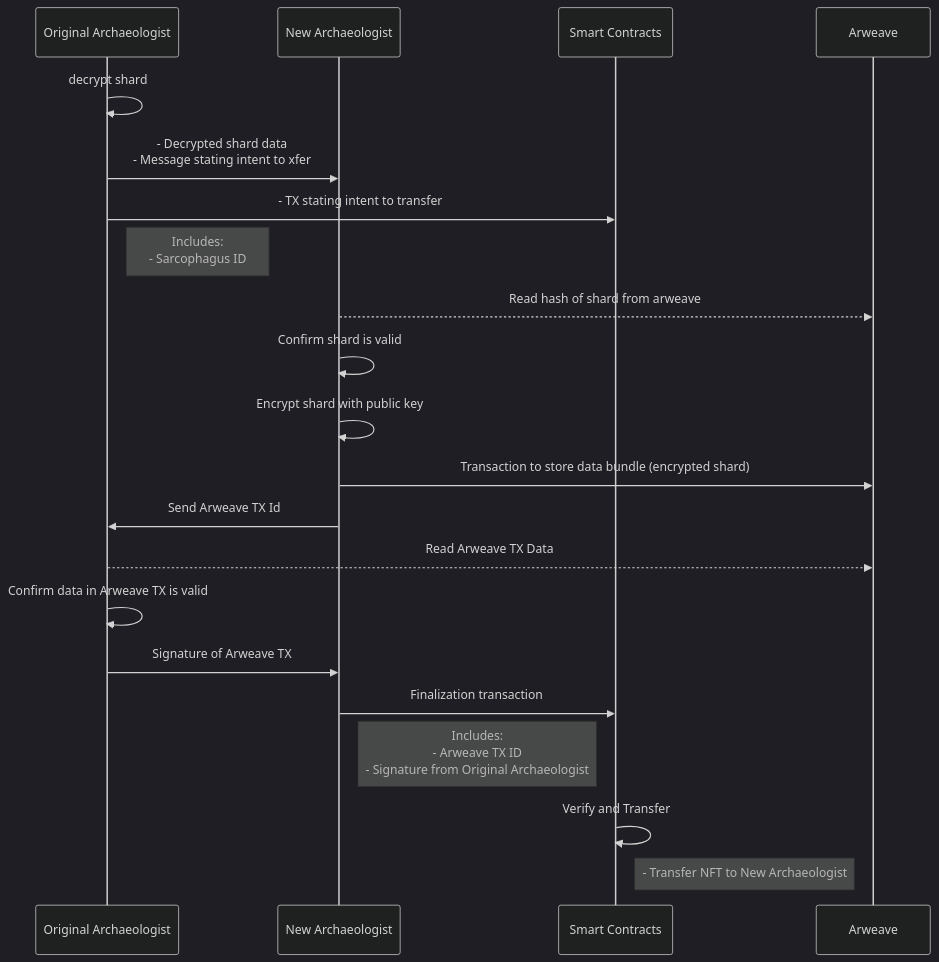
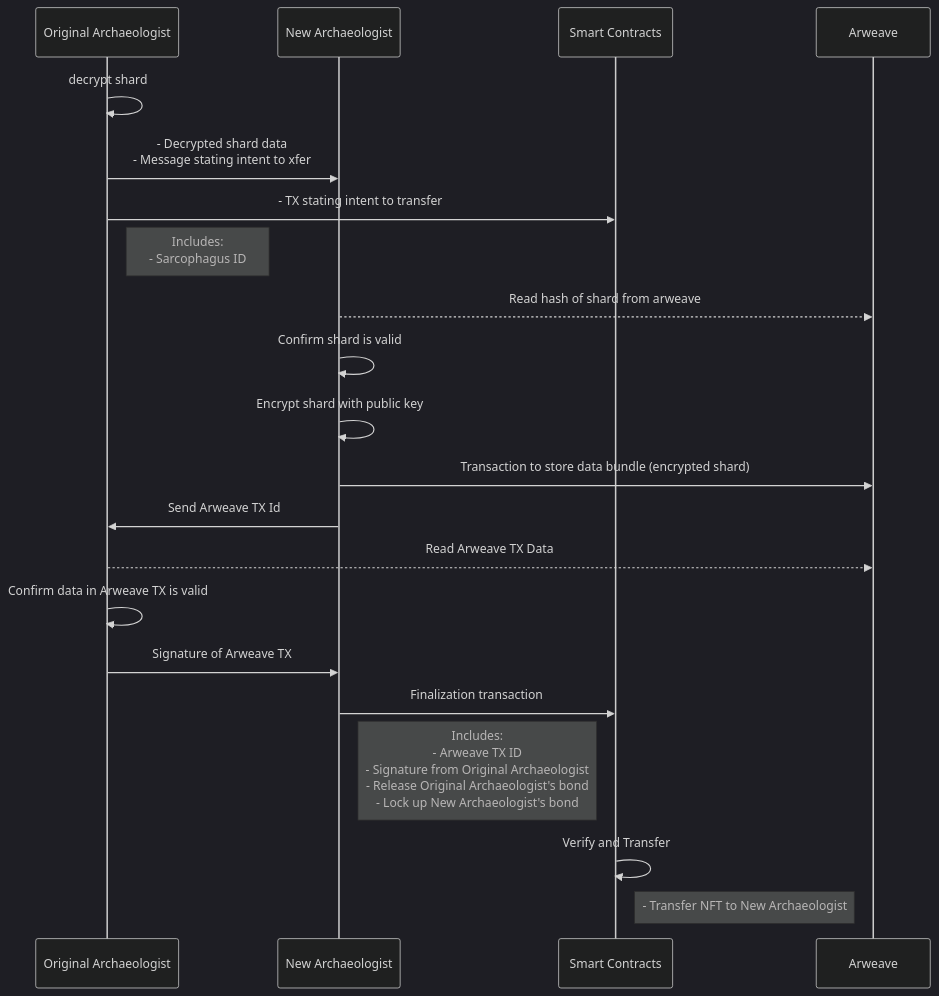
Before and after one commit to sarcophagus-org/sarcophagus-v2-specs: the diagram in transfer-sarcophagus-rights-and-responsibilities.md, drawn with Mermaid (dark theme). The commit also changed 5 other files, not shown here.

````diff
--- a/transfer-sarcophagus-rights-and-responsibilities.md
+++ b/transfer-sarcophagus-rights-and-responsibilities.md
@@ -1,39 +1,39 @@
 ```mermaid
 sequenceDiagram
   participant Original Archaeologist
   participant New Archaeologist
   participant Smart Contracts
   participant Arweave
 
   Original Archaeologist->>Original Archaeologist: decrypt shard
 
   Original Archaeologist->>New Archaeologist: - Decrypted shard data<br/>- Message stating intent to xfer
   
   Original Archaeologist->>Smart Contracts: - TX stating intent to transfer
   
   Note right of Original Archaeologist: Includes:<br/>- Sarcophagus ID
 
   New Archaeologist-->>Arweave: Read hash of shard from arweave
 
   New Archaeologist->>New Archaeologist: Confirm shard is valid
 
   New Archaeologist->>New Archaeologist: Encrypt shard with public key
 
   New Archaeologist->>Arweave: Transaction to store data bundle (encrypted shard)
 
   New Archaeologist->>Original Archaeologist: Send Arweave TX Id
   
   Original Archaeologist-->>Arweave: Read Arweave TX Data
   
   Original Archaeologist->>Original Archaeologist: Confirm data in Arweave TX is valid
   
   Original Archaeologist->>New Archaeologist: Signature of Arweave TX
 
   New Archaeologist->>Smart Contracts: Finalization transaction
 
-  Note right of New Archaeologist: Includes:<br/>- Arweave TX ID<br/>- Signature from Original Archaeologist
+  Note right of New Archaeologist: Includes:<br/>- Arweave TX ID<br/>- Signature from Original Archaeologist<br/>- Release Original Archaeologist's bond<br/>- Lock up New Archaeologist's bond
 
   Smart Contracts->>Smart Contracts: Verify and Transfer
 
   Note right of Smart Contracts: - Transfer NFT to New Archaeologist
 ```
````
